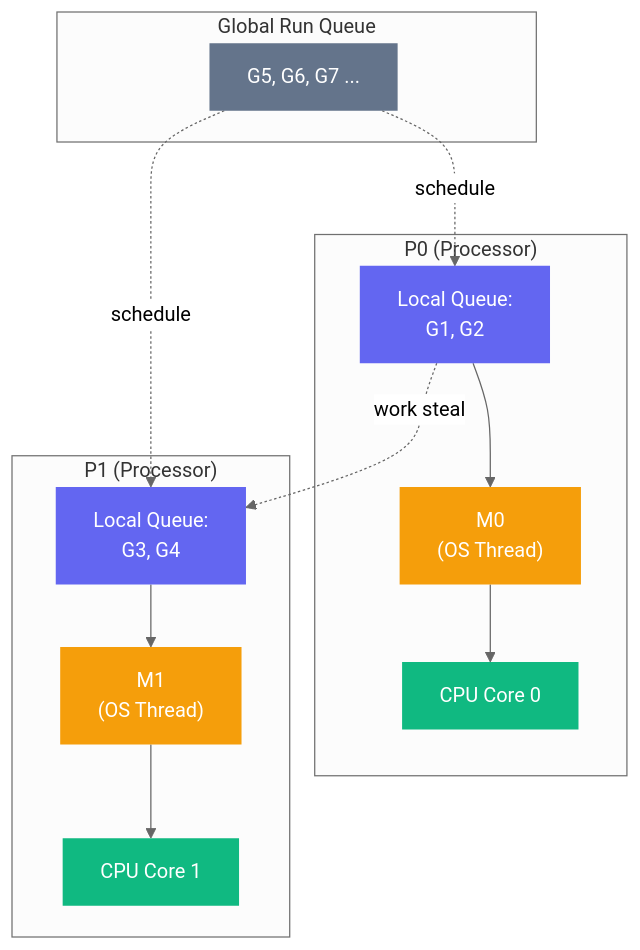
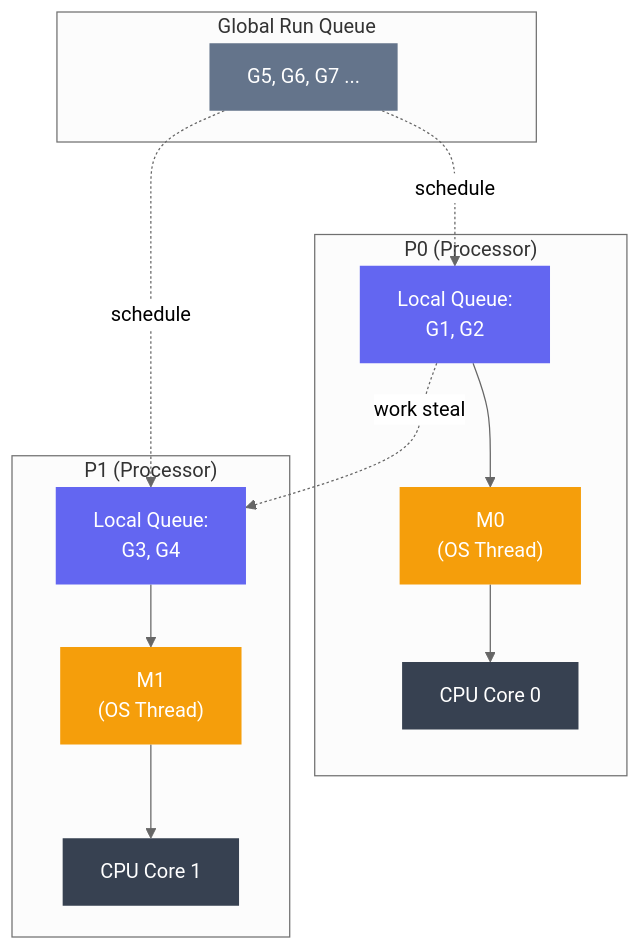
One commit to ashwingopalsamy/site changed the first of 4 diagrams in content/writing/go-scheduler-infinite-loops.md. Above: the diagram before and after it, drawn with Mermaid (neutral theme). The commit also changed other lines of this file and 26 other files, not shown here.

```diff
--- a/content/writing/go-scheduler-infinite-loops.md
+++ b/content/writing/go-scheduler-infinite-loops.md
@@ -133,30 +133,30 @@
 {{< mermaid >}}
 graph TD
     subgraph "Global Run Queue"
         GQ["G5, G6, G7 ..."]
     end
 
     subgraph "P0 (Processor)"
         LQ0["Local Queue:\nG1, G2"]
         LQ0 --> M0["M0\n(OS Thread)"]
         M0 --> CPU0["CPU Core 0"]
     end
 
     subgraph "P1 (Processor)"
         LQ1["Local Queue:\nG3, G4"]
         LQ1 --> M1["M1\n(OS Thread)"]
         M1 --> CPU1["CPU Core 1"]
     end
 
     GQ -.->|"schedule"| LQ0
     GQ -.->|"schedule"| LQ1
     LQ0 -.->|"work steal"| LQ1
 
     style GQ fill:#64748b,color:#fff,stroke:none
     style LQ0 fill:#6366f1,color:#fff,stroke:none
     style LQ1 fill:#6366f1,color:#fff,stroke:none
     style M0 fill:#f59e0b,color:#fff,stroke:none
     style M1 fill:#f59e0b,color:#fff,stroke:none
-    style CPU0 fill:#10b981,color:#fff,stroke:none
-    style CPU1 fill:#10b981,color:#fff,stroke:none
+    style CPU0 fill:#374151,color:#fff,stroke:none
+    style CPU1 fill:#374151,color:#fff,stroke:none
 {{< /mermaid >}}
```
